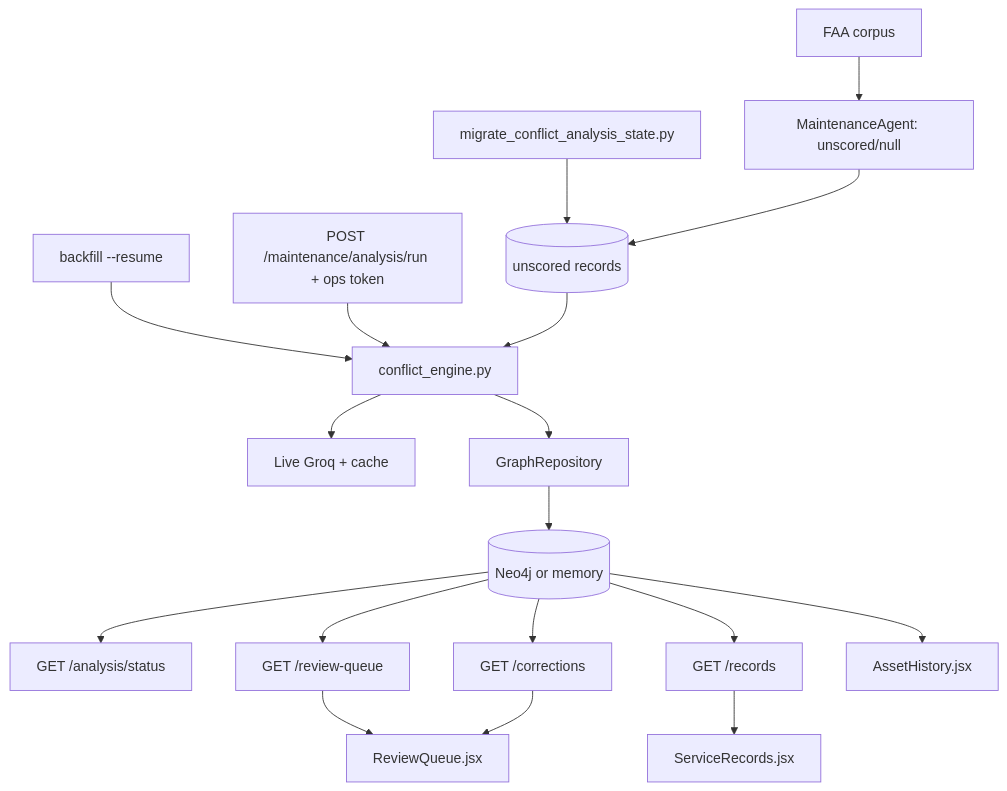
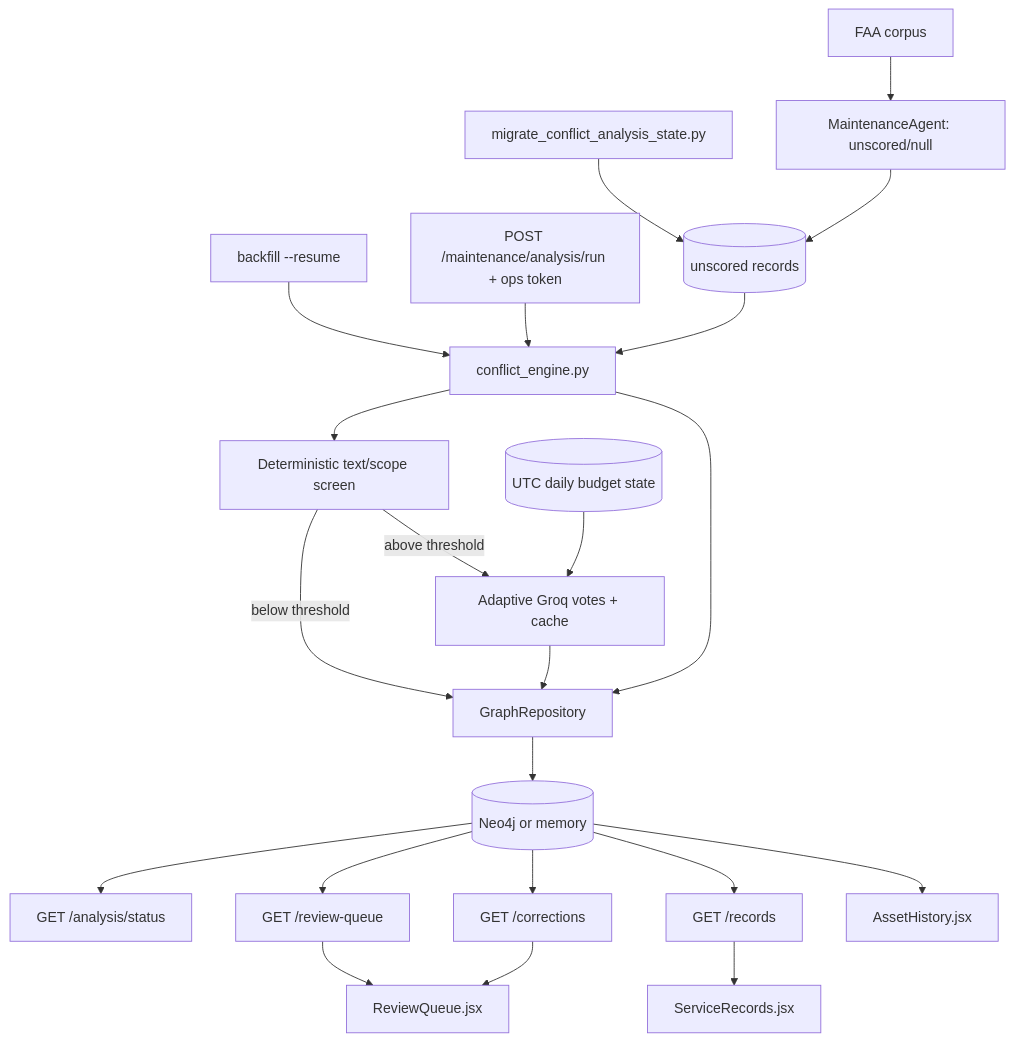
One commit to umaritics/halite changed the diagram in knowledge/flows/FLOW-conflict-review.md. Above: the diagram before and after it, drawn with Mermaid. The commit also changed other lines of this file and 29 other files, not shown here.

````diff
--- a/knowledge/flows/FLOW-conflict-review.md
+++ b/knowledge/flows/FLOW-conflict-review.md
@@ -50,20 +54,24 @@
 ```mermaid
 flowchart TB
   CSV[FAA corpus] --> IN[MaintenanceAgent: unscored/null]
   MIG[migrate_conflict_analysis_state.py] --> U[(unscored records)]
   IN --> U
   CLI[backfill --resume] --> CE[conflict_engine.py]
   RUN[POST /maintenance/analysis/run + ops token] --> CE
   U --> CE
-  CE --> G[Live Groq + cache]
+  CE --> SC[Deterministic text/scope screen]
+  SC -->|above threshold| G[Adaptive Groq votes + cache]
+  SC -->|below threshold| GR
+  B[(UTC daily budget state)] --> G
+  G --> GR
   CE --> GR[GraphRepository]
   GR --> N[(Neo4j or memory)]
   N --> ST[GET /analysis/status]
   N --> RQ[GET /review-queue]
   N --> COR[GET /corrections]
   N --> REC[GET /records]
   RQ --> UI[ReviewQueue.jsx]
   COR --> UI
   REC --> SR[ServiceRecords.jsx]
   N --> AH[AssetHistory.jsx]
 ```
````
